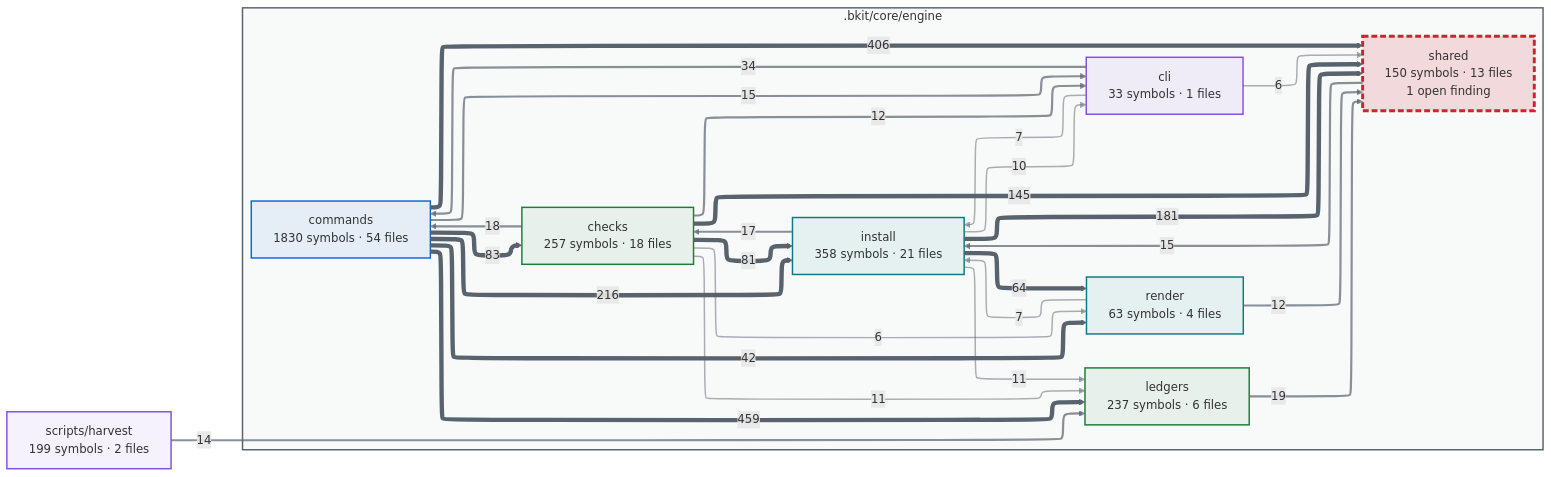
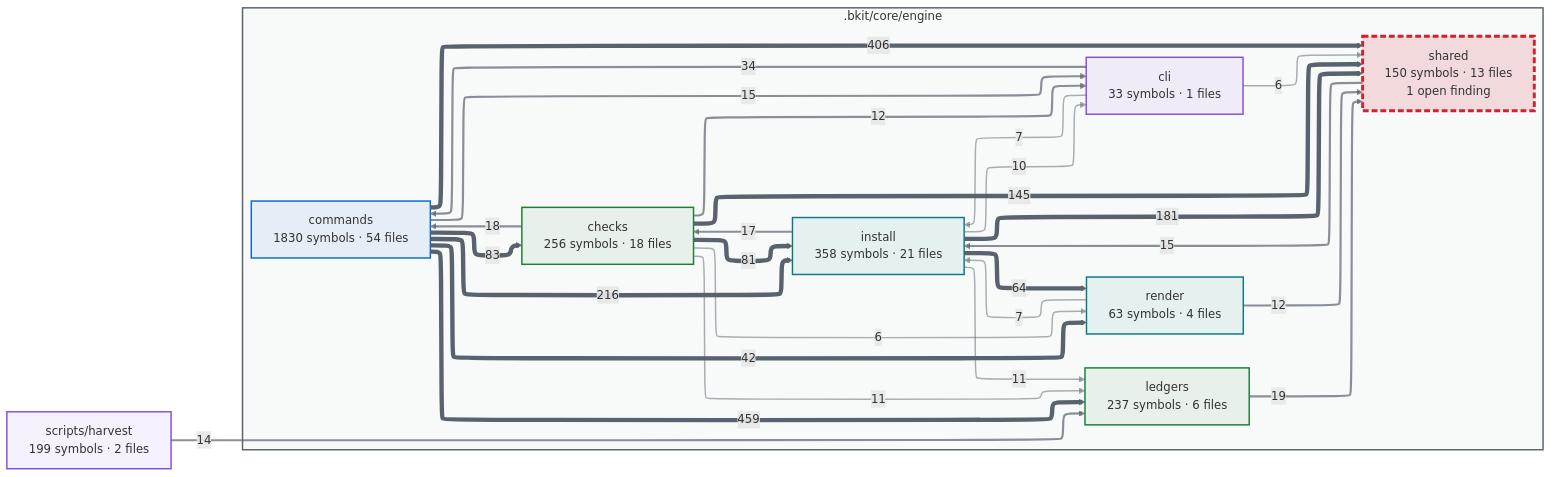
The first of 2 diagrams in docs/capabilities.md (cbartens/bkit), drawn with Mermaid before and after one commit. The commit also changed other lines of this file and 121 other files, not shown here.

````diff
--- a/docs/capabilities.md
+++ b/docs/capabilities.md
@@ -154,80 +154,80 @@
 ```mermaid
 ---
 config:
   layout: elk
   themeCSS: "marker { overflow: visible; } marker path { transform: scale(1.8); transform-origin: 5px 5px; }"
   flowchart:
     useMaxWidth: false
 ---
 flowchart LR
   %% Generated by bkit-graphify-rollup.py — do not edit
   subgraph gn_bkit_core_engine[".bkit/core/engine"]
-    n_bkit_core_engine_checks["checks<br/>257 symbols · 18 files"]
+    n_bkit_core_engine_checks["checks<br/>256 symbols · 18 files"]
     n_bkit_core_engine_cli["cli<br/>33 symbols · 1 files"]
     n_bkit_core_engine_commands["commands<br/>1830 symbols · 54 files"]
     n_bkit_core_engine_install["install<br/>358 symbols · 21 files"]
     n_bkit_core_engine_ledgers["ledgers<br/>237 symbols · 6 files"]
     n_bkit_core_engine_render["render<br/>63 symbols · 4 files"]
     n_bkit_core_engine_shared["shared<br/>150 symbols · 13 files<br/>1 open finding"]
   end
   nscripts_harvest["scripts/harvest<br/>199 symbols · 2 files"]
   n_bkit_core_engine_commands -->|459| n_bkit_core_engine_ledgers
   n_bkit_core_engine_commands -->|406| n_bkit_core_engine_shared
   n_bkit_core_engine_commands -->|216| n_bkit_core_engine_install
   n_bkit_core_engine_install -->|181| n_bkit_core_engine_shared
   n_bkit_core_engine_checks -->|145| n_bkit_core_engine_shared
   n_bkit_core_engine_commands -->|83| n_bkit_core_engine_checks
   n_bkit_core_engine_checks -->|81| n_bkit_core_engine_install
   n_bkit_core_engine_install -->|64| n_bkit_core_engine_render
   n_bkit_core_engine_commands -->|42| n_bkit_core_engine_render
   n_bkit_core_engine_cli -->|34| n_bkit_core_engine_commands
   n_bkit_core_engine_ledgers -->|19| n_bkit_core_engine_shared
   n_bkit_core_engine_checks -->|18| n_bkit_core_engine_commands
   n_bkit_core_engine_install -->|17| n_bkit_core_engine_checks
   n_bkit_core_engine_shared -->|15| n_bkit_core_engine_install
   n_bkit_core_engine_commands -->|15| n_bkit_core_engine_cli
   nscripts_harvest -->|14| n_bkit_core_engine_ledgers
   n_bkit_core_engine_checks -->|12| n_bkit_core_engine_cli
   n_bkit_core_engine_render -->|12| n_bkit_core_engine_shared
   n_bkit_core_engine_checks -->|11| n_bkit_core_engine_ledgers
   n_bkit_core_engine_install -->|11| n_bkit_core_engine_ledgers
   n_bkit_core_engine_install -->|10| n_bkit_core_engine_cli
   n_bkit_core_engine_cli -->|7| n_bkit_core_engine_install
   n_bkit_core_engine_render -->|7| n_bkit_core_engine_install
   n_bkit_core_engine_checks -->|6| n_bkit_core_engine_render
   n_bkit_core_engine_cli -->|6| n_bkit_core_engine_shared
   style gn_bkit_core_engine fill:#59636e0a,stroke:#59636e,stroke-width:2px
   style n_bkit_core_engine_checks stroke:#1a7f37,stroke-width:2px,fill:#1a7f3714
   style n_bkit_core_engine_cli stroke:#8250df,stroke-width:2px,fill:#8250df14
   style n_bkit_core_engine_commands stroke:#0969da,stroke-width:2px,fill:#0969da14
   style n_bkit_core_engine_install stroke:#0a7b83,stroke-width:2px,fill:#0a7b8314
   style n_bkit_core_engine_ledgers stroke:#1a7f37,stroke-width:2px,fill:#1a7f3714
   style n_bkit_core_engine_render stroke:#0a7b83,stroke-width:2px,fill:#0a7b8314
   style n_bkit_core_engine_shared stroke:#cf222e,stroke-width:4px,stroke-dasharray:8 4,fill:#cf222e26
   style nscripts_harvest stroke:#8250df,stroke-width:2px,fill:#8250df14
   linkStyle 0 stroke:#59636e,stroke-width:6px
   linkStyle 1 stroke:#59636e,stroke-width:6px
   linkStyle 2 stroke:#59636e,stroke-width:6px
   linkStyle 3 stroke:#59636e,stroke-width:6px
   linkStyle 4 stroke:#59636e,stroke-width:6px
   linkStyle 5 stroke:#59636e,stroke-width:6px
   linkStyle 6 stroke:#59636e,stroke-width:6px
   linkStyle 7 stroke:#59636e,stroke-width:6px
   linkStyle 8 stroke:#59636e,stroke-width:6px
   linkStyle 9 stroke:#59636eb3,stroke-width:3px
   linkStyle 10 stroke:#59636eb3,stroke-width:3px
   linkStyle 11 stroke:#59636eb3,stroke-width:3px
   linkStyle 12 stroke:#59636eb3,stroke-width:3px
   linkStyle 13 stroke:#59636eb3,stroke-width:3px
   linkStyle 14 stroke:#59636eb3,stroke-width:3px
   linkStyle 15 stroke:#59636eb3,stroke-width:3px
   linkStyle 16 stroke:#59636eb3,stroke-width:3px
   linkStyle 17 stroke:#59636eb3,stroke-width:3px
   linkStyle 18 stroke:#59636e80,stroke-width:2px
   linkStyle 19 stroke:#59636e80,stroke-width:2px
   linkStyle 20 stroke:#59636e80,stroke-width:2px
   linkStyle 21 stroke:#59636e80,stroke-width:2px
   linkStyle 22 stroke:#59636e80,stroke-width:2px
   linkStyle 23 stroke:#59636e80,stroke-width:2px
   linkStyle 24 stroke:#59636e80,stroke-width:2px
 ```
````
